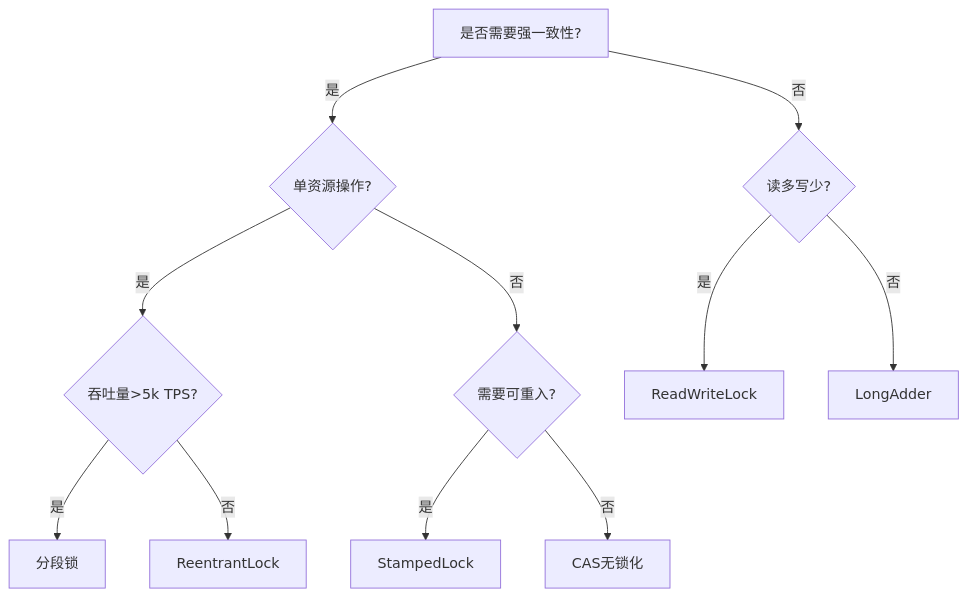
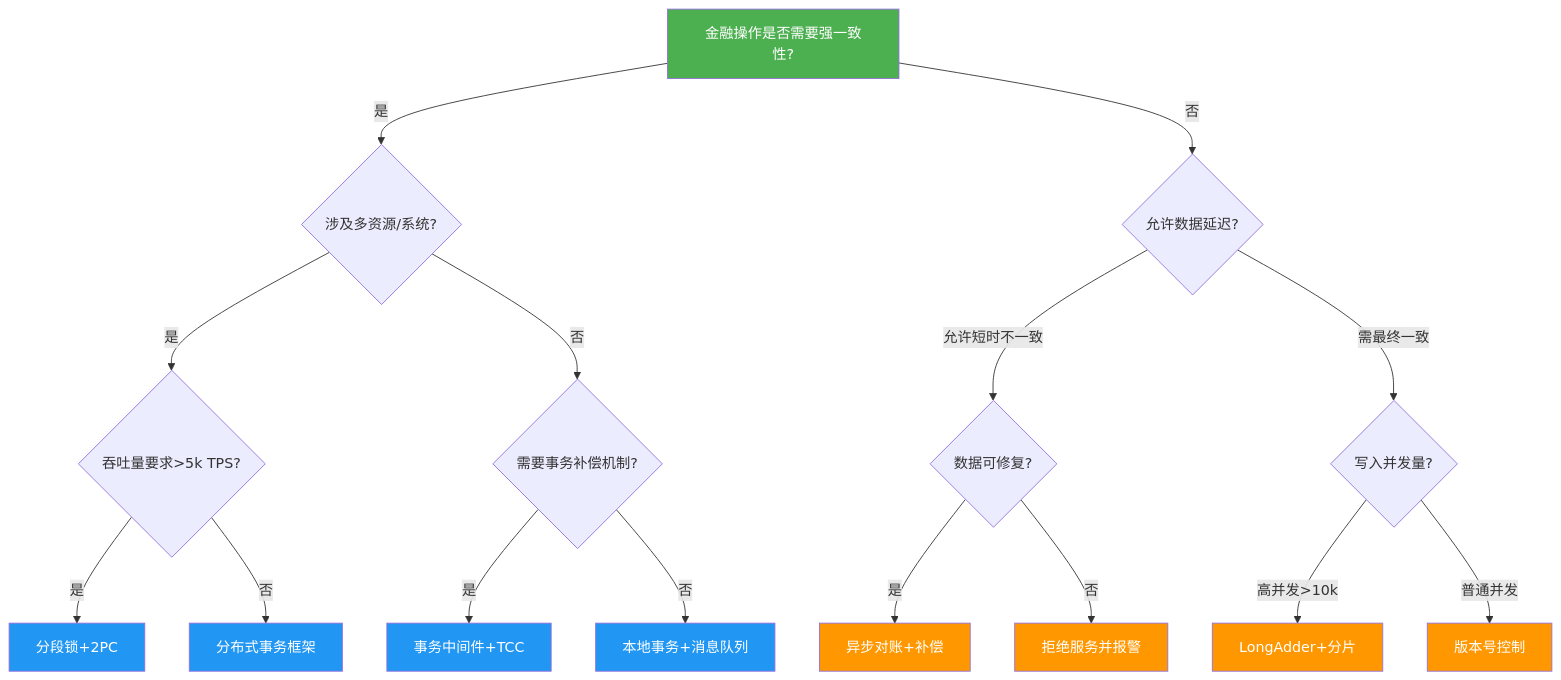
The diagram in fintech_lock.md (ouyangshourui/Java_Base_Pratice), drawn with Mermaid before and after one commit.

````diff
--- a/fintech_lock.md
+++ b/fintech_lock.md
@@ -36,17 +36,33 @@
 ```mermaid
 graph TD
-    A[是否需要强一致性?] -->|是| B{单资源操作?}
-    A -->|否| C{读多写少?}
+    A[金融操作是否需要强一致性?] -->|是| B{涉及多资源/系统?}
+    A -->|否| C{允许数据延迟?}
     
-    B -->|是| D{吞吐量>5k TPS?}
-    B -->|否| E{需要可重入?}
+    B -->|是| D{吞吐量要求>5k TPS?}
+    B -->|否| E{需要事务补偿机制?}
     
-    D -->|是| F[分段锁]
-    D -->|否| G[ReentrantLock]
+    D -->|是| F[分段锁+2PC]
+    D -->|否| G[分布式事务框架]
     
-    E -->|是| H[StampedLock]
-    E -->|否| I[CAS无锁化]
+    E -->|是| H[事务中间件+TCC]
+    E -->|否| I[本地事务+消息队列]
     
-    C -->|是| J[ReadWriteLock]
-    C -->|否| K[LongAdder]
+    C -->|允许短时不一致| J{数据可修复?}
+    C -->|需最终一致| K{写入并发量?}
+    
+    J -->|是| L[异步对账+补偿]
+    J -->|否| M[拒绝服务并报警]
+    
+    K -->|高并发>10k| N[LongAdder+分片]
+    K -->|普通并发| O[版本号控制]
+    
+    style A fill:#4CAF50,color:white
+    style F fill:#2196F3,color:white
+    style G fill:#2196F3,color:white
+    style H fill:#2196F3,color:white
+    style I fill:#2196F3,color:white
+    style L fill:#FF9800,color:white
+    style M fill:#FF9800,color:white
+    style N fill:#FF9800,color:white
+    style O fill:#FF9800,color:white
 ```
````
